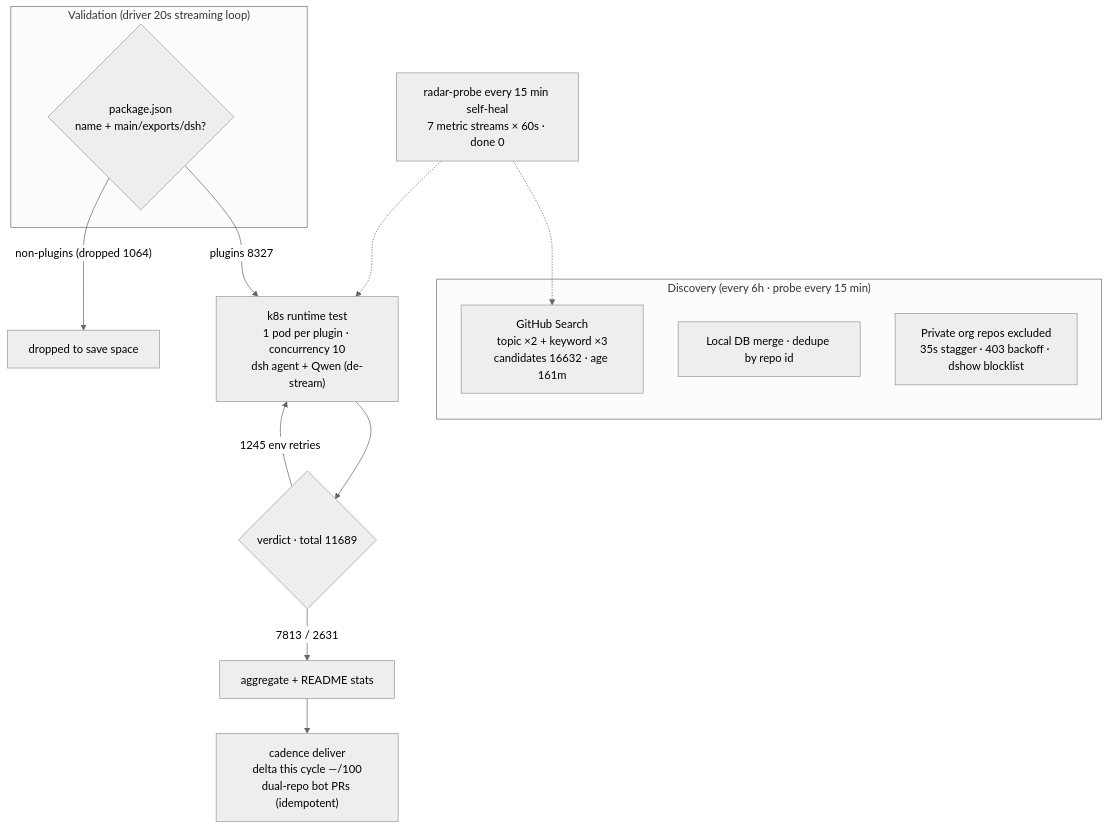
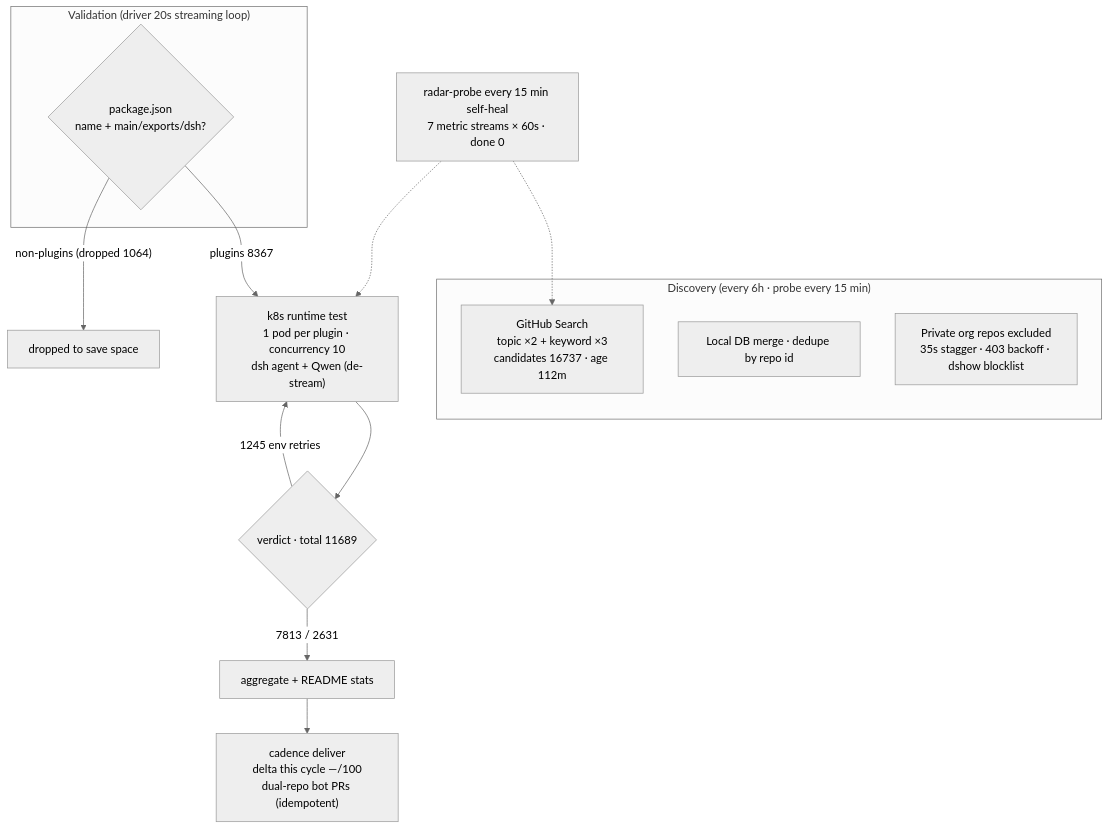
Before and after one commit to AdamPlatin123/awesome-dsh-plugins: the diagram in README.en-US.md, drawn with Mermaid (neutral theme). The commit also changed other lines of this file and 5 other files, not shown here.

````diff
--- a/README.en-US.md
+++ b/README.en-US.md
@@ -45,20 +45,20 @@
 ```mermaid
 flowchart TB
     subgraph Discovery["Discovery (every 6h · probe every 15 min)"]
-        A1["GitHub Search<br/>topic ×2 + keyword ×3<br/>candidates 16632 · age 161m"]
+        A1["GitHub Search<br/>topic ×2 + keyword ×3<br/>candidates 16737 · age 112m"]
         A2["Local DB merge · dedupe by repo id"]
         A3["Private org repos excluded<br/>35s stagger · 403 backoff · dshow blocklist"]
     end
     subgraph Validation["Validation (driver 20s streaming loop)"]
         B1{"package.json<br/>name + main/exports/dsh?"}
     end
-    B1 -->|"plugins 8327"| C1["k8s runtime test<br/>1 pod per plugin · concurrency 10<br/>dsh agent + Qwen (de-stream)"]
+    B1 -->|"plugins 8367"| C1["k8s runtime test<br/>1 pod per plugin · concurrency 10<br/>dsh agent + Qwen (de-stream)"]
     B1 -->|"non-plugins (dropped 1064)"| B3["dropped to save space"]
     C1 --> D1{"verdict · total 11689"}
     D1 -->|"7813 / 2631"| E1["aggregate + README stats"]
     D1 -->|"1245 env retries"| C1
     E1 --> E2["cadence deliver<br/>delta this cycle —/100<br/>dual-repo bot PRs (idempotent)"]
     M["radar-probe every 15 min self-heal<br/>7 metric streams × 60s · done 0"]
     M -.-> A1
     M -.-> C1
 ```
````
